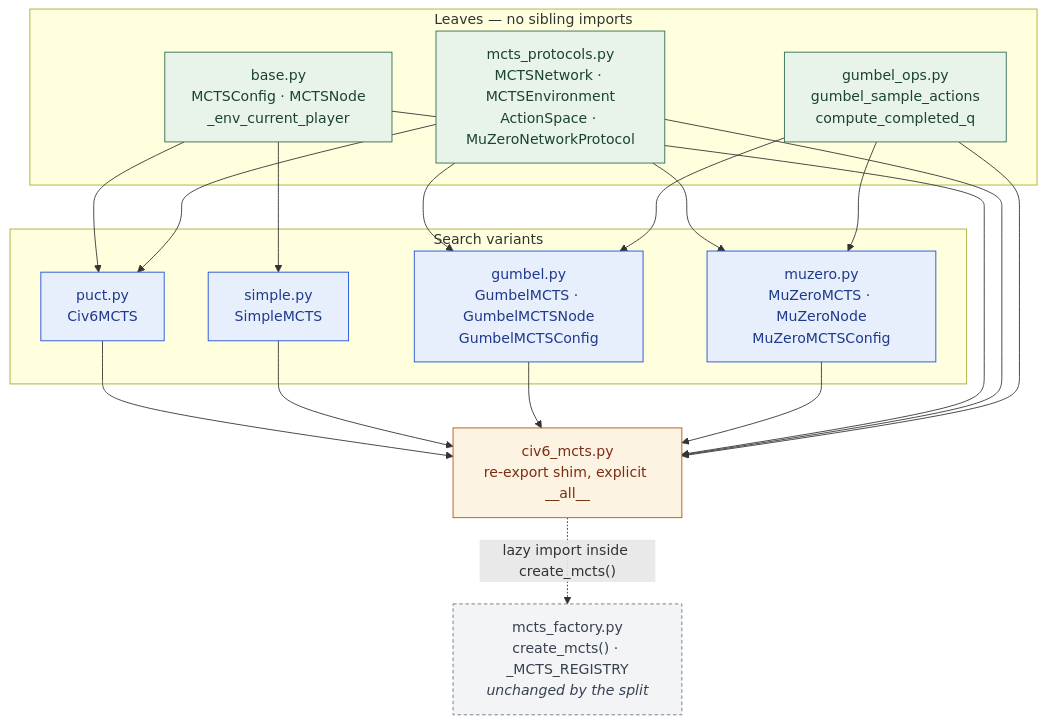
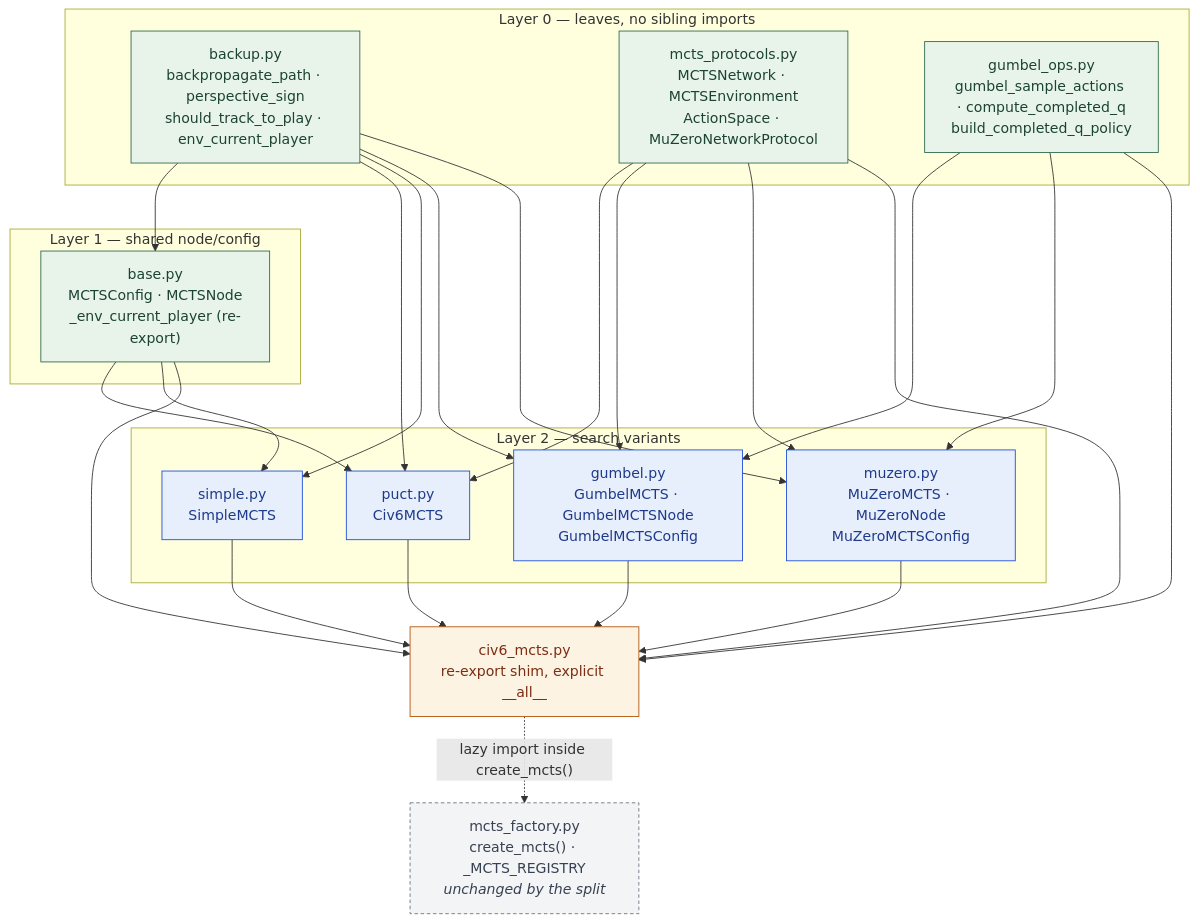
The fourth of 7 diagrams in docs/architecture/C4_ARCHITECTURE.md (Mango-Metrics-NLM/Civ6-AlphaZero), drawn with Mermaid before and after one commit. The commit also changed other lines of this file and 24 other files, not shown here.

````diff
--- a/docs/architecture/C4_ARCHITECTURE.md
+++ b/docs/architecture/C4_ARCHITECTURE.md
@@ -201,41 +219,50 @@
 ```mermaid
 flowchart TD
     classDef leaf fill:#e8f4ea,stroke:#2d6a4f,color:#1b4332
     classDef variant fill:#e7eefc,stroke:#1d4ed8,color:#1e3a8a
     classDef shim fill:#fdf3e3,stroke:#b45309,color:#7c2d12
     classDef ext fill:#f3f4f6,stroke:#6b7280,color:#374151,stroke-dasharray: 4 3
 
-    subgraph Leaves["Leaves — no sibling imports"]
+    subgraph Leaves["Layer 0 — leaves, no sibling imports"]
+        Backup["backup.py<br/>backpropagate_path · perspective_sign<br/>should_track_to_play · env_current_player"]:::leaf
         Protocols["mcts_protocols.py<br/>MCTSNetwork · MCTSEnvironment<br/>ActionSpace · MuZeroNetworkProtocol"]:::leaf
-        GumbelOps["gumbel_ops.py<br/>gumbel_sample_actions<br/>compute_completed_q"]:::leaf
-        Base["base.py<br/>MCTSConfig · MCTSNode<br/>_env_current_player"]:::leaf
+        GumbelOps["gumbel_ops.py<br/>gumbel_sample_actions · compute_completed_q<br/>build_completed_q_policy"]:::leaf
     end
 
-    subgraph Variants["Search variants"]
+    subgraph Shared["Layer 1 — shared node/config"]
+        Base["base.py<br/>MCTSConfig · MCTSNode<br/>_env_current_player (re-export)"]:::leaf
+    end
+
+    subgraph Variants["Layer 2 — search variants"]
         Puct["puct.py<br/>Civ6MCTS"]:::variant
         Simple["simple.py<br/>SimpleMCTS"]:::variant
         Gumbel["gumbel.py<br/>GumbelMCTS · GumbelMCTSNode<br/>GumbelMCTSConfig"]:::variant
         MuZero["muzero.py<br/>MuZeroMCTS · MuZeroNode<br/>MuZeroMCTSConfig"]:::variant
     end
 
     Factory["mcts_factory.py<br/>create_mcts() · _MCTS_REGISTRY<br/><i>unchanged by the split</i>"]:::ext
     Shim["civ6_mcts.py<br/>re-export shim, explicit __all__"]:::shim
 
+    Backup --> Base
+    Backup --> Puct
+    Backup --> Simple
+    Backup --> Gumbel
+    Backup --> MuZero
     Base --> Puct
     Base --> Simple
     Protocols --> Puct
     Protocols --> Gumbel
     Protocols --> MuZero
     GumbelOps --> Gumbel
     GumbelOps --> MuZero
 
     Puct --> Shim
     Simple --> Shim
     Gumbel --> Shim
     MuZero --> Shim
     Base --> Shim
     Protocols --> Shim
     GumbelOps --> Shim
 
     Shim -.->|"lazy import inside create_mcts()"| Factory
 ```
````
